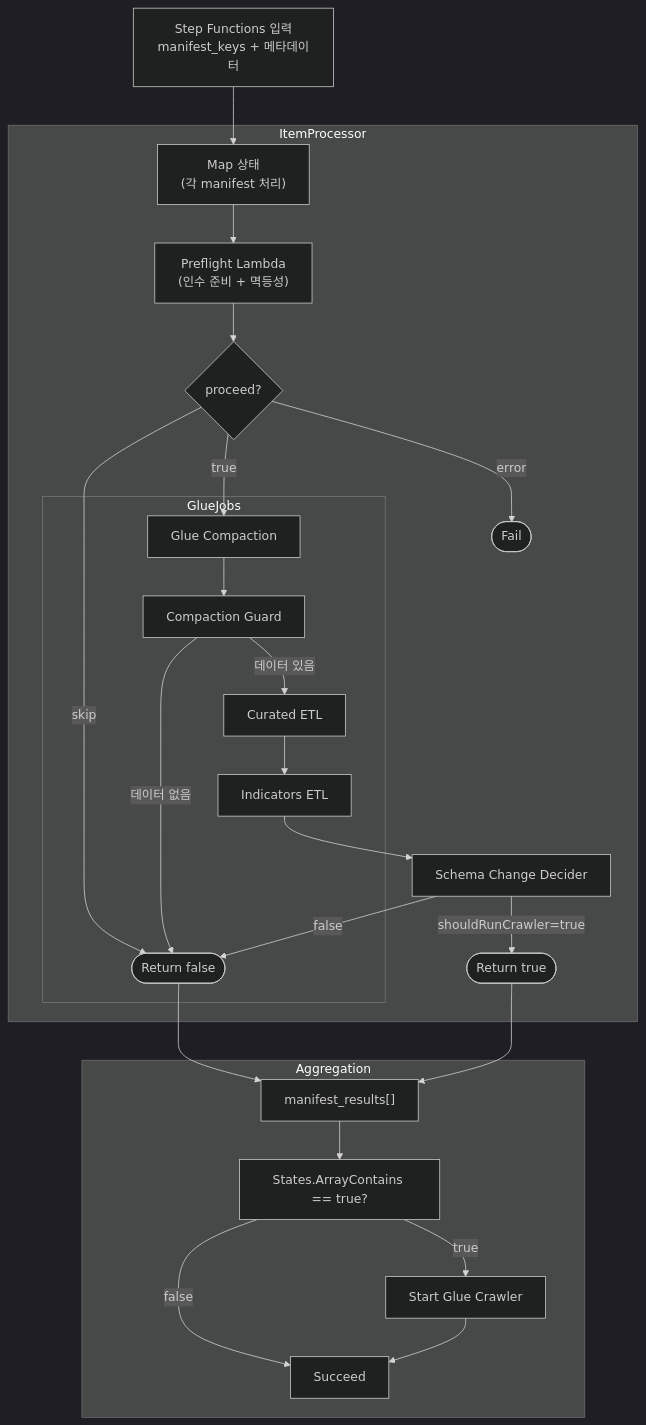
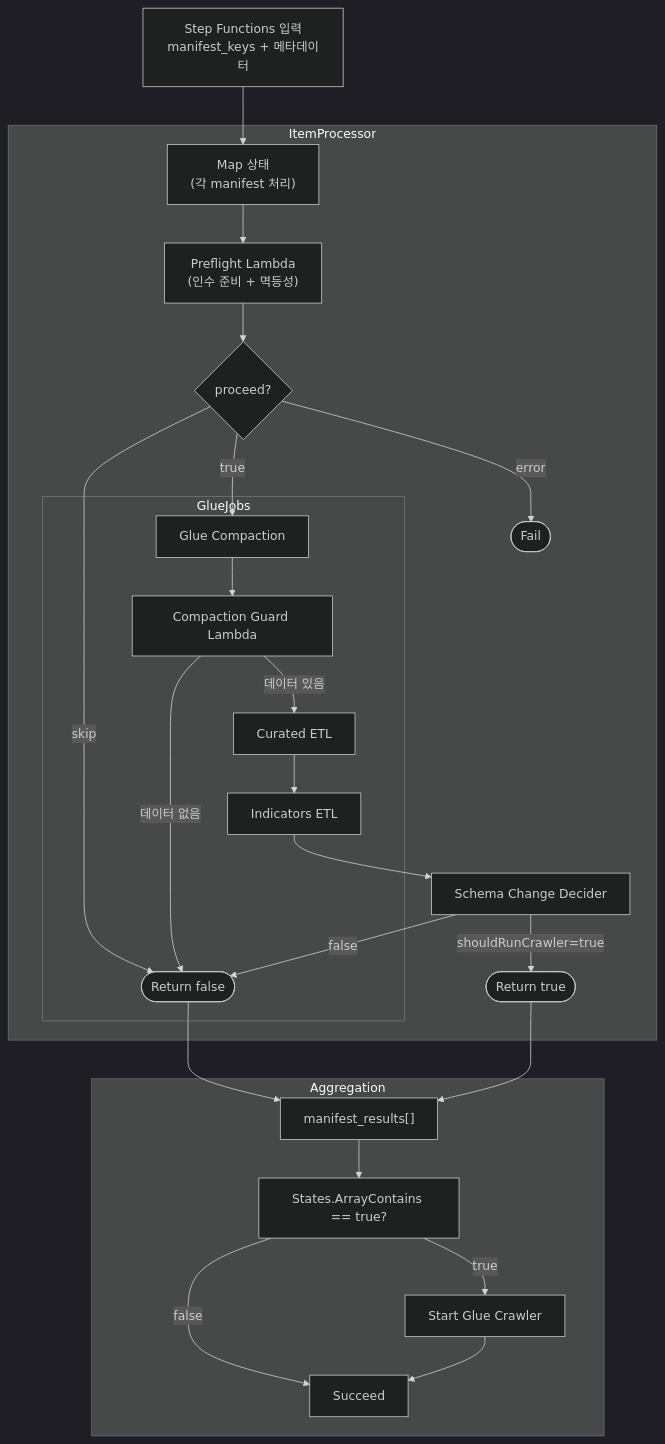
The diagram in docs/diagrams/transform/02-flow.md (keemgdeok/fin-forge-pipeline), drawn with Mermaid (dark theme) before and after one commit. The commit also changed 23 other files, not shown here.

Commit message:
docs: update docs/diagrams/

````diff
--- a/docs/diagrams/transform/02-flow.md
+++ b/docs/diagrams/transform/02-flow.md
@@ -1,31 +1,31 @@
 ```mermaid
 flowchart TD
   A["Step Functions 입력<br/>manifest_keys + 메타데이터"] --> B["Map 상태<br/>(각 manifest 처리)"]
 
   subgraph ItemProcessor
-    B --> C["Preflight Lambda\n(인수 준비 + 멱등성)"]
+    B --> C["Preflight Lambda\n (인수 준비 + 멱등성)"]
     C --> D{proceed?}
     D -->|skip| SKIP(["Return false"])
     D -->|error| FAIL(["Fail"])
     D -->|true| COMP["Glue Compaction"]
     subgraph GlueJobs
-      COMP --> GUARD["Compaction Guard"]
+      COMP --> GUARD["Compaction Guard Lambda"]
       GUARD -->|데이터 없음| SKIP
       GUARD -->|데이터 있음| ETL["Curated ETL"]
       ETL --> IND["Indicators ETL"]
   end
     IND --> DECIDE["Schema Change Decider"]
     DECIDE -->|shouldRunCrawler=true| TRUE(["Return true"])
     DECIDE -->|false| SKIP
   end
 
   SKIP --> Z
   TRUE --> Z
 
   subgraph Aggregation
     Z["manifest_results[]"] --> AGG["States.ArrayContains == true?"]
     AGG -->|true| CRAWLER["Start Glue Crawler"]
     AGG -->|false| DONE["Succeed"]
     CRAWLER --> DONE
   end
 ```
````
